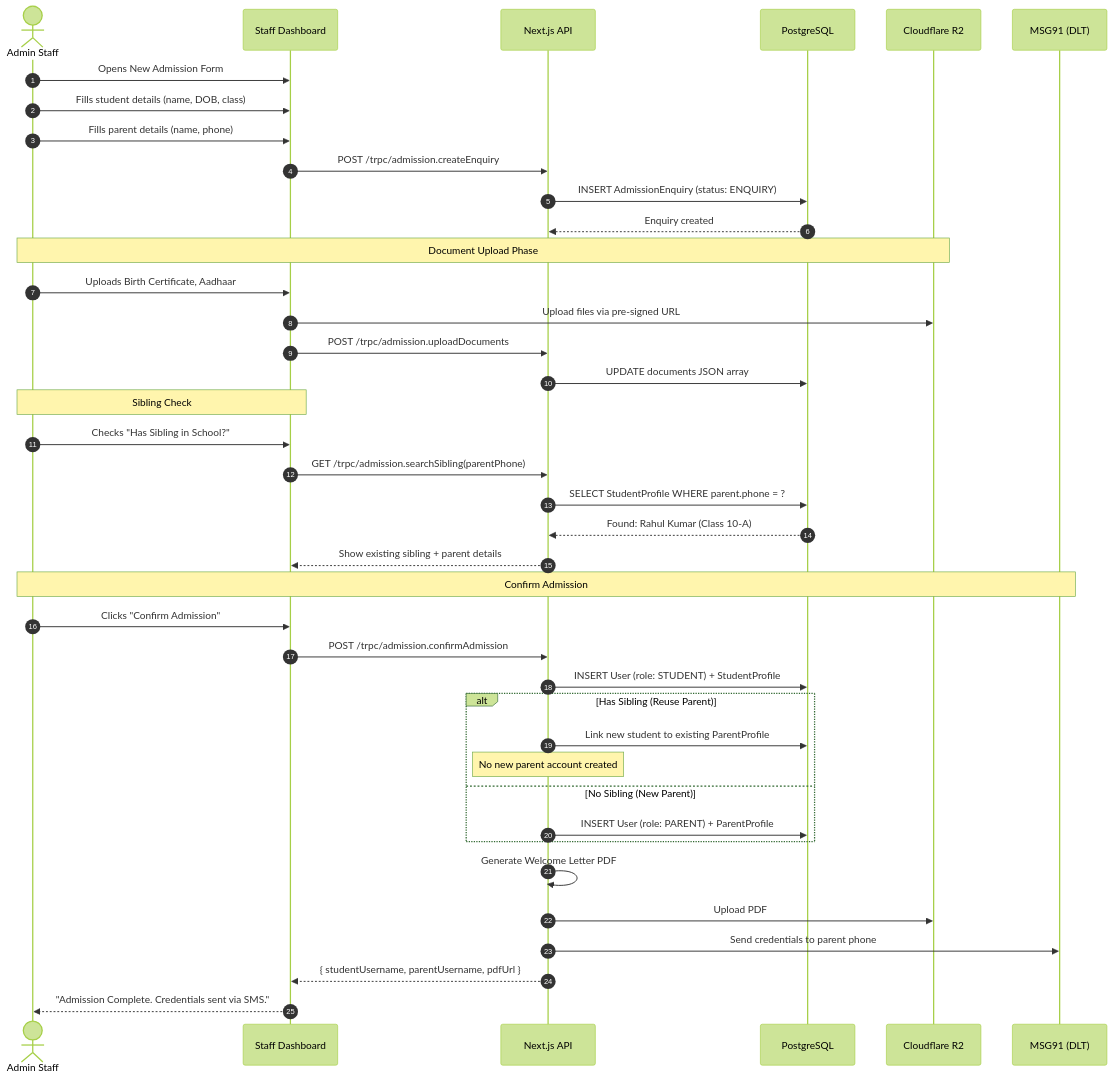
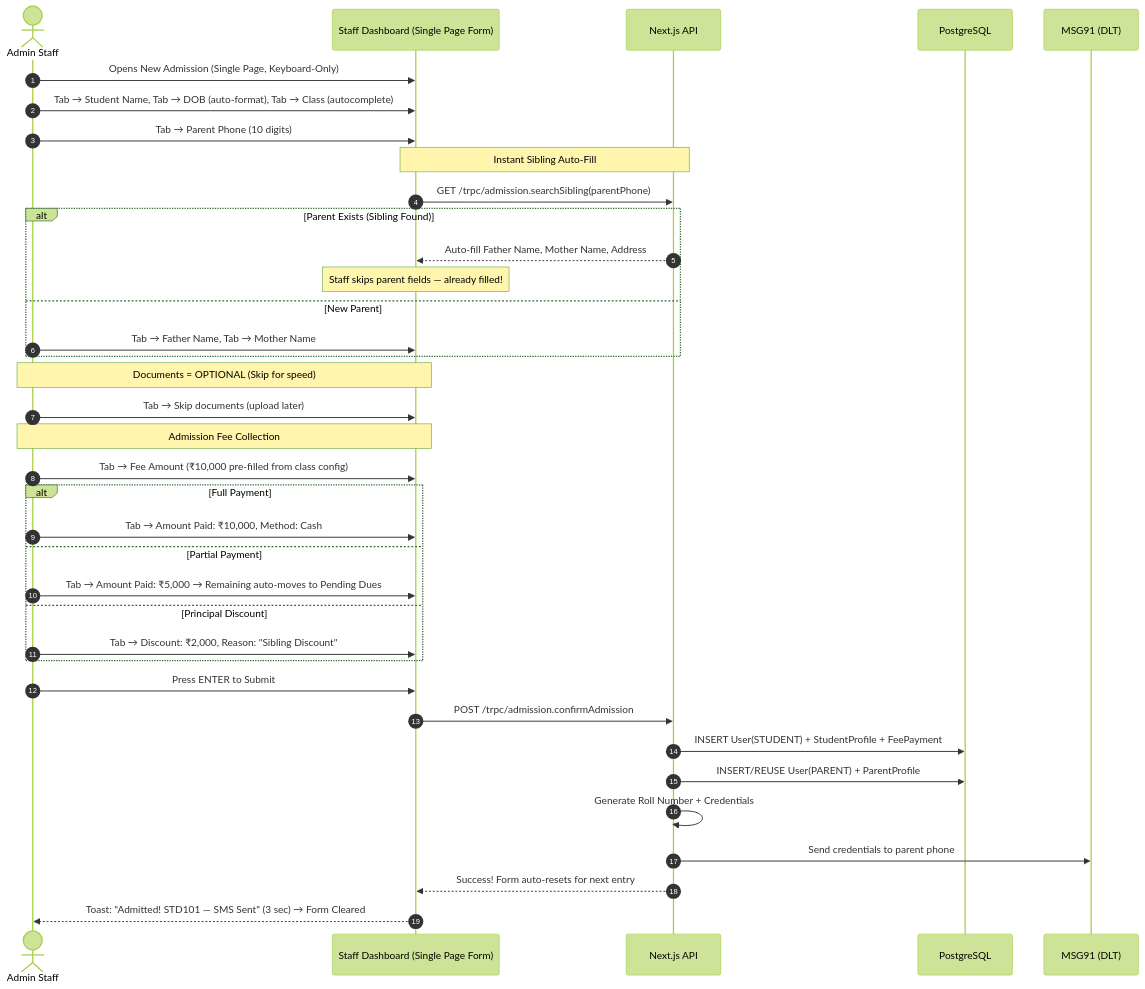
The seventh of 9 diagrams in system_design.md (ayankhan964825-lab/School-ERP-Portal), drawn with Mermaid (forest theme) before and after one commit. The commit also changed other lines of this file and 5 other files, not shown here.

Commit message:
Update Admission System to Omni-Channel (High-Speed Entry, QR Code, Bulk Import)

````diff
--- a/system_design.md
+++ b/system_design.md
@@ -215,48 +215,44 @@
 ```mermaid
 sequenceDiagram
     autonumber
     actor Staff as Admin Staff
-    participant Web as Staff Dashboard
+    participant Web as Staff Dashboard (Single Page Form)
     participant API as Next.js API
     participant DB as PostgreSQL
-    participant R2 as Cloudflare R2
     participant SMS as MSG91 (DLT)
 
-    Staff->>Web: Opens New Admission Form
-    Staff->>Web: Fills student details (name, DOB, class)
-    Staff->>Web: Fills parent details (name, phone)
-    Web->>API: POST /trpc/admission.createEnquiry
-    API->>DB: INSERT AdmissionEnquiry (status: ENQUIRY)
-    DB-->>API: Enquiry created
+    Staff->>Web: Opens New Admission (Single Page, Keyboard-Only)
+    Staff->>Web: Tab → Student Name, Tab → DOB (auto-format), Tab → Class (autocomplete)
+    Staff->>Web: Tab → Parent Phone (10 digits)
+    
+    Note over Web, API: Instant Sibling Auto-Fill
+    Web->>API: GET /trpc/admission.searchSibling(parentPhone)
+    alt Parent Exists (Sibling Found)
+        API-->>Web: Auto-fill Father Name, Mother Name, Address
+        Note over Web: Staff skips parent fields — already filled!
+    else New Parent
+        Staff->>Web: Tab → Father Name, Tab → Mother Name
+    end
 
-    Note over Staff, R2: Document Upload Phase
-    Staff->>Web: Uploads Birth Certificate, Aadhaar
-    Web->>R2: Upload files via pre-signed URL
-    Web->>API: POST /trpc/admission.uploadDocuments
-    API->>DB: UPDATE documents JSON array
+    Note over Staff, Web: Documents = OPTIONAL (Skip for speed)
+    Staff->>Web: Tab → Skip documents (upload later)
 
-    Note over Staff, Web: Sibling Check
-    Staff->>Web: Checks "Has Sibling in School?"
-    Web->>API: GET /trpc/admission.searchSibling(parentPhone)
-    API->>DB: SELECT StudentProfile WHERE parent.phone = ?
-    DB-->>API: Found: Rahul Kumar (Class 10-A)
-    API-->>Web: Show existing sibling + parent details
+    Note over Staff, Web: Admission Fee Collection
+    Staff->>Web: Tab → Fee Amount (₹10,000 pre-filled from class config)
+    alt Full Payment
+        Staff->>Web: Tab → Amount Paid: ₹10,000, Method: Cash
+    else Partial Payment
+        Staff->>Web: Tab → Amount Paid: ₹5,000 → Remaining auto-moves to Pending Dues
+    else Principal Discount
+        Staff->>Web: Tab → Discount: ₹2,000, Reason: "Sibling Discount"
+    end
 
-    Note over Staff, SMS: Confirm Admission
-    Staff->>Web: Clicks "Confirm Admission"
+    Staff->>Web: Press ENTER to Submit
     Web->>API: POST /trpc/admission.confirmAdmission
-    API->>DB: INSERT User (role: STUDENT) + StudentProfile
-    
-    alt Has Sibling (Reuse Parent)
-        API->>DB: Link new student to existing ParentProfile
-        Note over API: No new parent account created
-    else No Sibling (New Parent)
-        API->>DB: INSERT User (role: PARENT) + ParentProfile
-    end
-    
-    API->>API: Generate Welcome Letter PDF
-    API->>R2: Upload PDF
+    API->>DB: INSERT User(STUDENT) + StudentProfile + FeePayment
+    API->>DB: INSERT/REUSE User(PARENT) + ParentProfile
+    API->>API: Generate Roll Number + Credentials
     API->>SMS: Send credentials to parent phone
-    API-->>Web: { studentUsername, parentUsername, pdfUrl }
-    Web-->>Staff: "Admission Complete. Credentials sent via SMS."
+    API-->>Web: Success! Form auto-resets for next entry
+    Web-->>Staff: Toast: "Admitted! STD101 — SMS Sent" (3 sec) → Form Cleared
 ```
````
